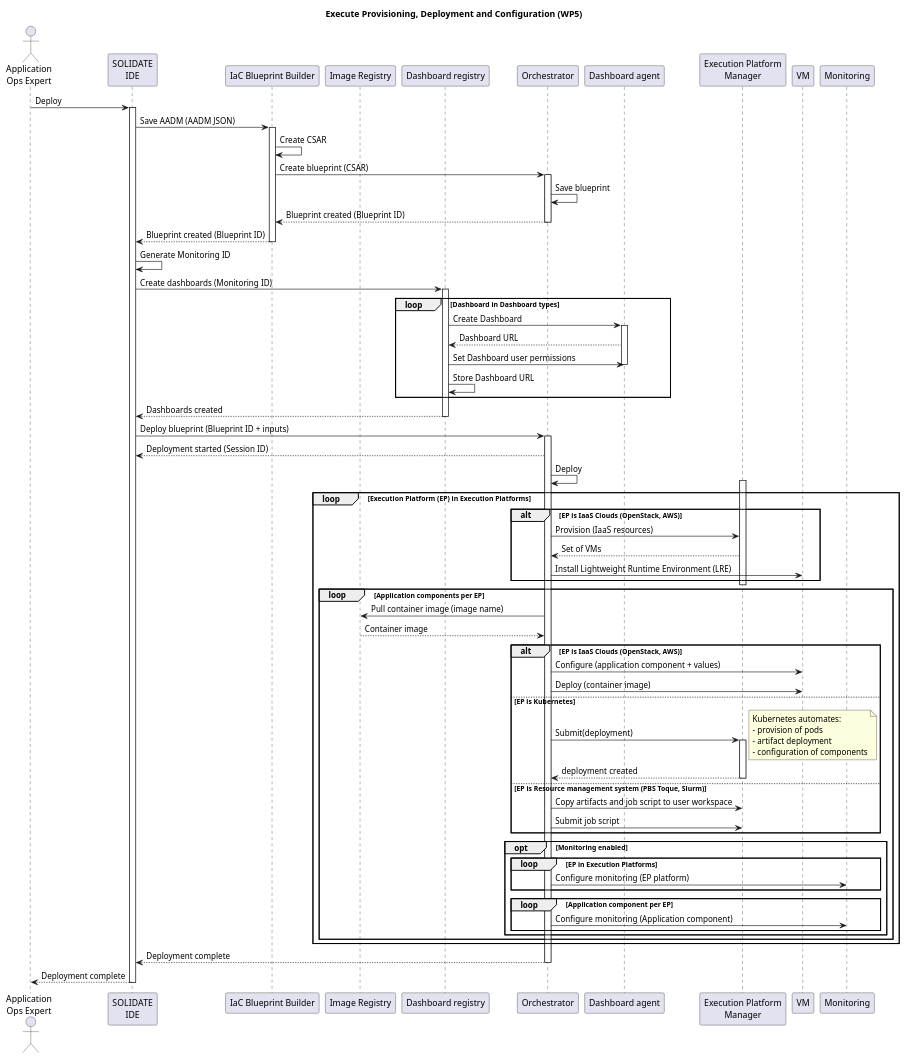
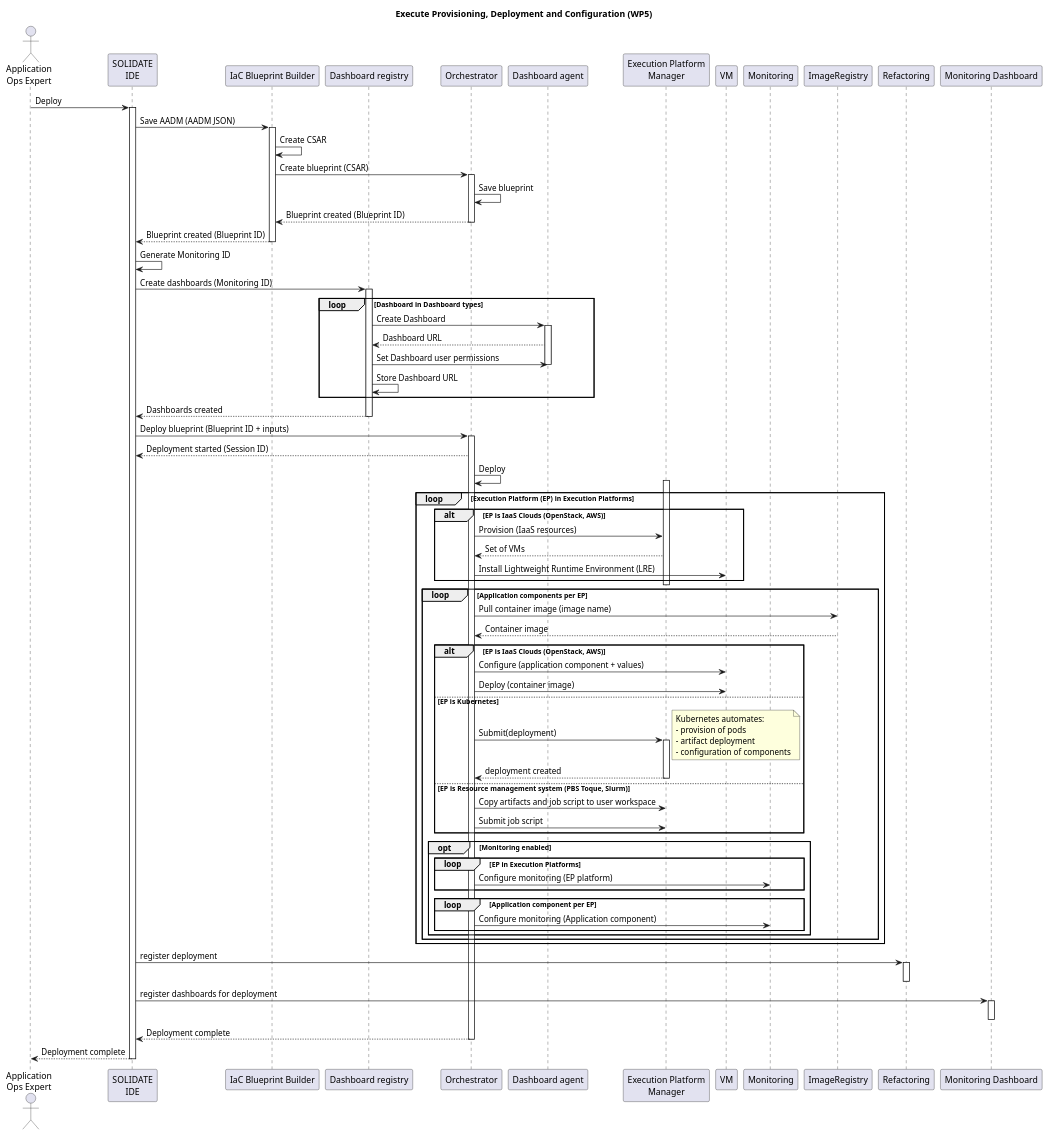
The diagram in uml/sequence-diagrams/UC-06-ExecuteProvisioningDeploymentAndConfiguration-WP5.puml (SODALITE-EU/project-wide-documentation), drawn with PlantUML before and after one commit.

Commit message:
d2.3: UC6 updated

```diff
--- a/uml/sequence-diagrams/UC-06-ExecuteProvisioningDeploymentAndConfiguration-WP5.puml
+++ b/uml/sequence-diagrams/UC-06-ExecuteProvisioningDeploymentAndConfiguration-WP5.puml
@@ -1,100 +1,110 @@
 @startuml
 
 title Execute Provisioning, Deployment and Configuration (WP5)
 
 actor "Application\nOps Expert" as ops
 participant "SOLIDATE\nIDE" as ide
 participant "IaC Blueprint Builder" as builder
-participant "Image Registry" as imagereg
 participant "Dashboard registry" as registry
 participant  Orchestrator as orch
 participant "Dashboard agent" as dash
 participant "Execution Platform\nManager" as res
 participant "VM" as VM
 participant "Monitoring" as mon
+participant "ImageRegistry" as imagereg
+participant "Refactoring" as refact
+participant "Monitoring Dashboard" as mon_dash
 
 
 ops->ide: Deploy
 activate ide
 ide->builder: Save AADM (AADM JSON)
 activate builder
 builder->builder: Create CSAR
 builder->orch: Create blueprint (CSAR)
 activate orch
 orch->orch: Save blueprint
 orch-->builder: Blueprint created (Blueprint ID)
 deactivate orch
 builder-->ide: Blueprint created (Blueprint ID)
 deactivate builder
 ide -> ide: Generate Monitoring ID
 ide -> registry: Create dashboards (Monitoring ID)
 activate registry
 loop Dashboard in Dashboard types
 registry -> dash: Create Dashboard
 activate dash
 dash --> registry: Dashboard URL
 registry -> dash: Set Dashboard user permissions
 deactivate dash
 registry -> registry: Store Dashboard URL
 end
 registry --> ide: Dashboards created
 deactivate registry
 ide->orch: Deploy blueprint (Blueprint ID + inputs)
 activate orch
 orch-->ide: Deployment started (Session ID)
 orch->orch: Deploy
 
 loop Execution Platform (EP) in Execution Platforms
 
   activate res
   alt EP is IaaS Clouds (OpenStack, AWS)
     orch->res: Provision (IaaS resources)
     res-->orch: Set of VMs
     orch->VM: Install Lightweight Runtime Environment (LRE)
   end
   deactivate res
 
   loop Application components per EP
 
     orch->imagereg: Pull container image (image name)
     imagereg-->orch: Container image
 
     alt EP is IaaS Clouds (OpenStack, AWS)
       orch->VM: Configure (application component + values)
       orch->VM: Deploy (container image)
     else EP is Kubernetes
       orch->res: Submit(deployment)
       activate res
         note right
           Kubernetes automates:
           - provision of pods
           - artifact deployment
           - configuration of components
         end note
         res-->orch: deployment created
       deactivate res
 
     else EP is Resource management system (PBS Toque, Slurm)
       orch->res: Copy artifacts and job script to user workspace
       orch->res: Submit job script
     end
 
     opt Monitoring enabled
       loop EP in Execution Platforms
       orch->mon: Configure monitoring (EP platform)
       end
       loop Application component per EP
       orch->mon: Configure monitoring (Application component)
       end
     end
 
   end
 end
 
+ide->refact: register deployment
+activate refact
+deactivate refact
+
+ide->mon_dash: register dashboards for deployment
+activate mon_dash
+deactivate mon_dash
+
 orch-->ide: Deployment complete
 deactivate orch
 ide-->ops: Deployment complete
 deactivate ide
 
 
 @enduml
```
